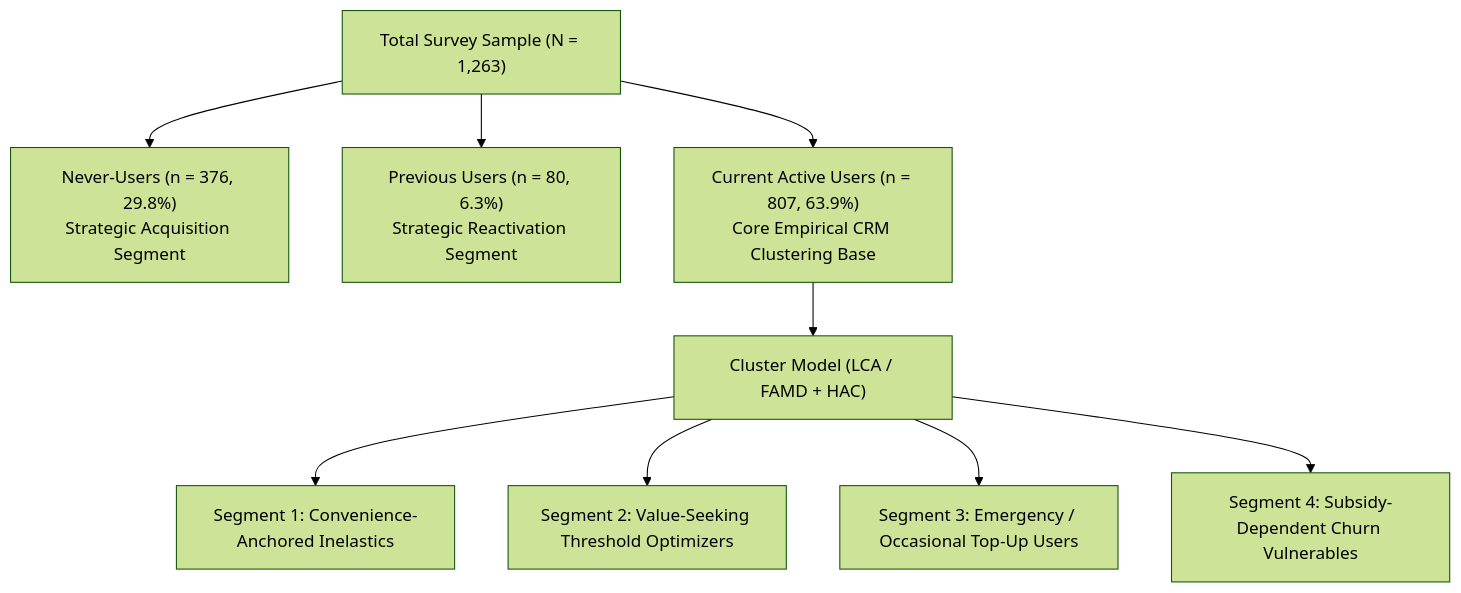
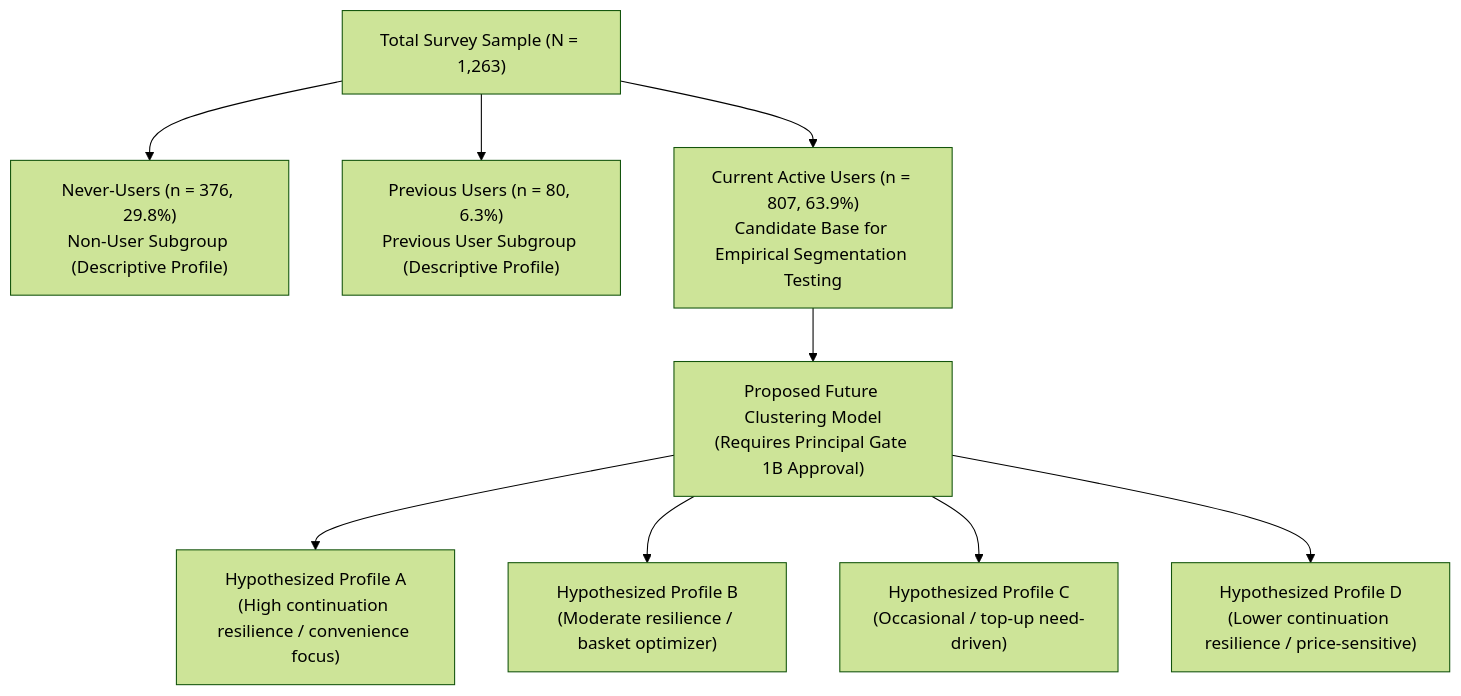
The diagram in reports/eda/EDA_REPORT.md (nayanojwal0810/Beyond_Discounts), drawn with Mermaid (forest theme) before and after one commit. The commit also changed other lines of this file and 6 other files, not shown here.

````diff
--- a/reports/eda/EDA_REPORT.md
+++ b/reports/eda/EDA_REPORT.md
@@ -313,11 +360,11 @@
 ```mermaid
 graph TD
-    A["Total Survey Sample (N = 1,263)"] --> B["Never-Users (n = 376, 29.8%)<br>Strategic Acquisition Segment"]
-    A --> C["Previous Users (n = 80, 6.3%)<br>Strategic Reactivation Segment"]
-    A --> D["Current Active Users (n = 807, 63.9%)<br>Core Empirical CRM Clustering Base"]
-    D --> E["Cluster Model (LCA / FAMD + HAC)"]
-    E --> F["Segment 1: Convenience-Anchored Inelastics"]
-    E --> G["Segment 2: Value-Seeking Threshold Optimizers"]
-    E --> H["Segment 3: Emergency / Occasional Top-Up Users"]
-    E --> I["Segment 4: Subsidy-Dependent Churn Vulnerables"]
+    A["Total Survey Sample (N = 1,263)"] --> B["Never-Users (n = 376, 29.8%)<br>Non-User Subgroup (Descriptive Profile)"]
+    A --> C["Previous Users (n = 80, 6.3%)<br>Previous User Subgroup (Descriptive Profile)"]
+    A --> D["Current Active Users (n = 807, 63.9%)<br>Candidate Base for Empirical Segmentation Testing"]
+    D --> E["Proposed Future Clustering Model<br>(Requires Principal Gate 1B Approval)"]
+    E --> F["Hypothesized Profile A<br>(High continuation resilience / convenience focus)"]
+    E --> G["Hypothesized Profile B<br>(Moderate resilience / basket optimizer)"]
+    E --> H["Hypothesized Profile C<br>(Occasional / top-up need-driven)"]
+    E --> I["Hypothesized Profile D<br>(Lower continuation resilience / price-sensitive)"]
 ```
````
